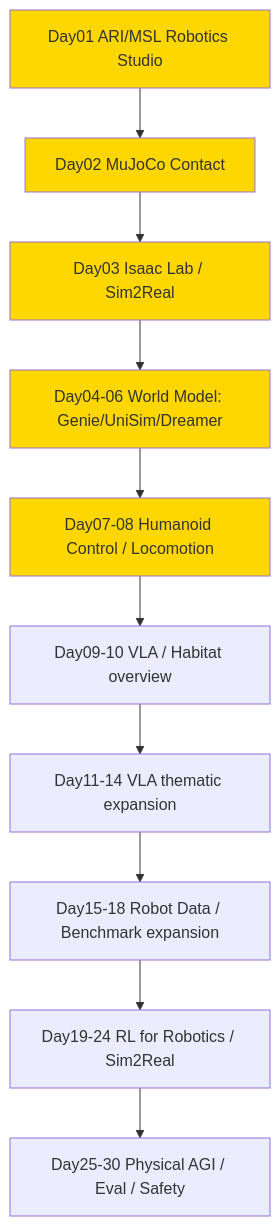
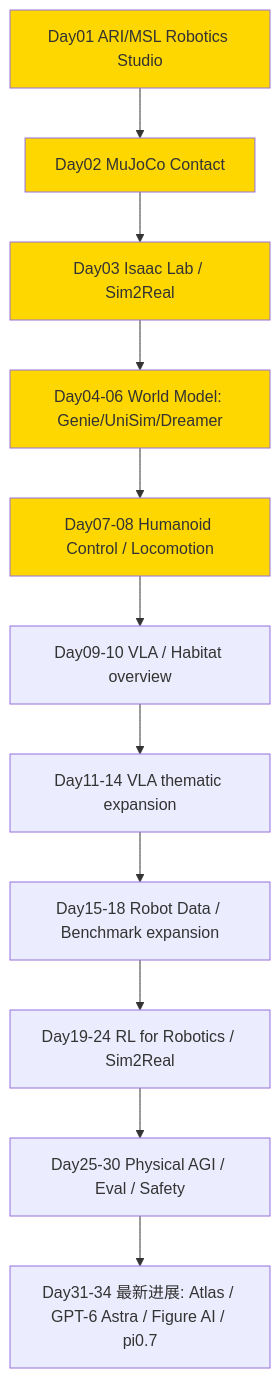
Before and after one commit to Papa-Panda/post-training: the diagram in physical-ai/README.md, drawn with Mermaid. The commit also changed other lines of this file, not shown here.

Commit message:
docs(physical-ai): 扩展到 34 天 — 锁定 Day31–34 最新进展（Atlas/Astra/Figure/π0.7）

````diff
--- a/physical-ai/README.md
+++ b/physical-ai/README.md
@@ -33,17 +33,18 @@
 ```mermaid
 graph TD
   A[Day01 ARI/MSL Robotics Studio] --> B[Day02 MuJoCo Contact]
   B --> C[Day03 Isaac Lab / Sim2Real]
   C --> D[Day04-06 World Model: Genie/UniSim/Dreamer]
   D --> E[Day07-08 Humanoid Control / Locomotion]
   E --> F[Day09-10 VLA / Habitat overview]
   F --> G[Day11-14 VLA thematic expansion]
   G --> H[Day15-18 Robot Data / Benchmark expansion]
   H --> I[Day19-24 RL for Robotics / Sim2Real]
   I --> J[Day25-30 Physical AGI / Eval / Safety]
+  J --> K[Day31-34 最新进展: Atlas / GPT-6 Astra / Figure AI / pi0.7]
   style A fill:#ffd700
   style B fill:#ffd700
   style C fill:#ffd700
   style D fill:#ffd700
   style E fill:#ffd700
 ```
````
